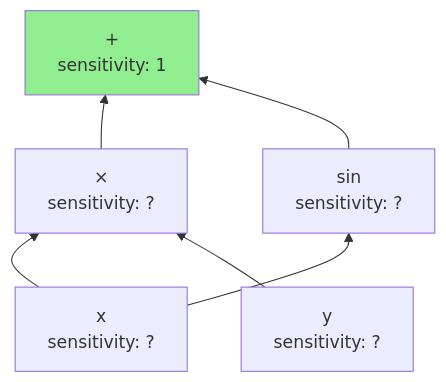
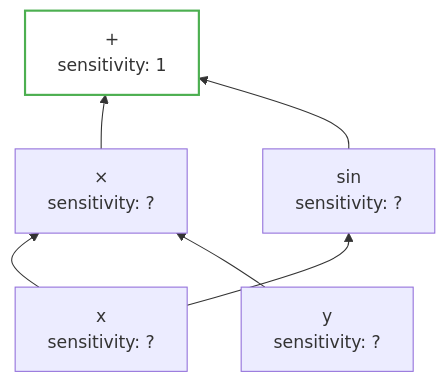
The fifth of 9 diagrams in _posts/2026-01-03-autodiff-part1-intuition.md (bolu-atx/bolu-atx.github.io), drawn with Mermaid before and after one commit. The commit also changed other lines of this file, not shown here.

Commit message:
Use stroke-only styling for Mermaid diagrams (no fills)

````diff
--- a/_posts/2026-01-03-autodiff-part1-intuition.md
+++ b/_posts/2026-01-03-autodiff-part1-intuition.md
@@ -212,16 +212,16 @@
 ```mermaid
 graph BT
     x["x<br/>sensitivity: ?"]
     y["y<br/>sensitivity: ?"]
     mul["×<br/>sensitivity: ?"]
     sin["sin<br/>sensitivity: ?"]
     add["+<br/>sensitivity: 1"]
 
     x --> mul
     y --> mul
     x --> sin
     mul --> add
     sin --> add
 
-    style add fill:#90EE90
+    style add fill:none,stroke:#4CAF50,stroke-width:2px
 ```
````
